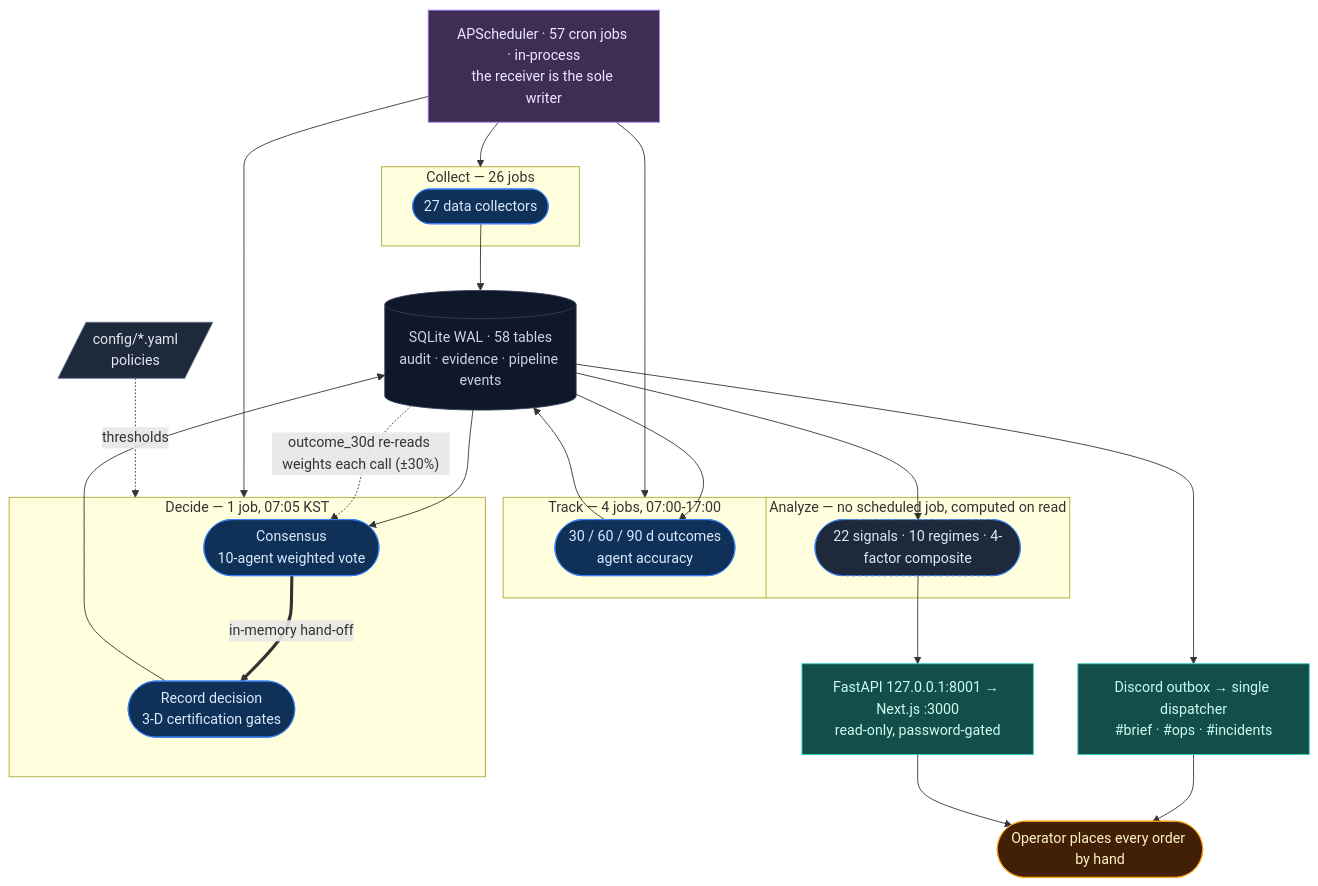
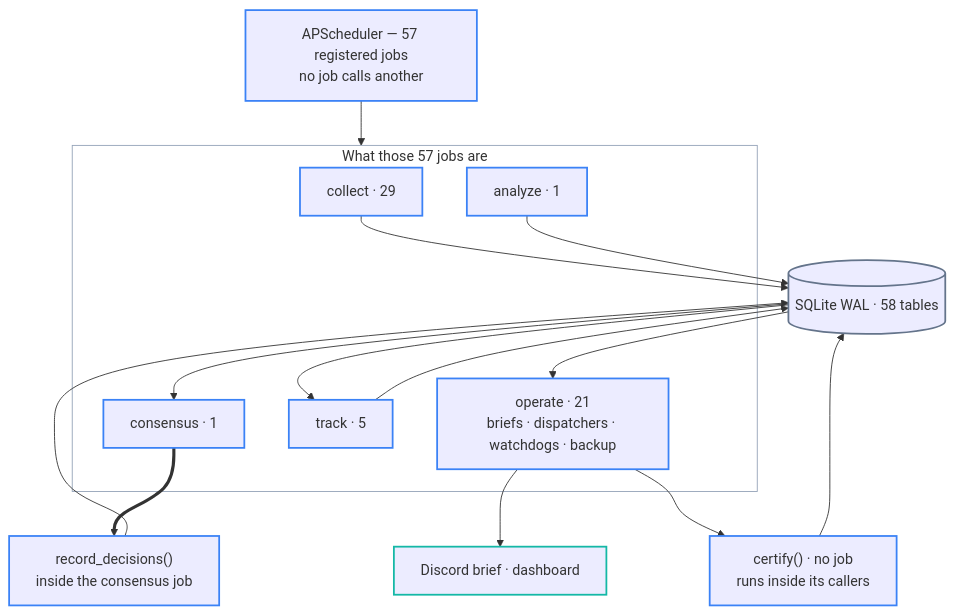
The second of 4 diagrams in README.md (researcherhojin/nuri-quant), drawn with Mermaid before and after one commit. The commit also changed other lines of this file and 5 other files, not shown here.

First line of the commit message:
docs(readme): redraw the diagrams and correct what the prose got wrong (#1289)

````diff
--- a/README.md
+++ b/README.md
@@ -55,53 +83,38 @@
 ```mermaid
 flowchart TB
-    SCHED["APScheduler · 57 cron jobs · in-process<br/>the receiver is the sole writer"]:::driver
-    CFG[/"config/*.yaml<br/>policies"/]:::source
+    CLOCK["APScheduler — 57 registered jobs<br/>no job calls another"]
 
-    subgraph Collect["Collect — 26 jobs"]
-        COL(["27 data collectors"]):::pipe
-    end
-    subgraph Decide["Decide — 1 job, 07:05 KST"]
-        CON(["Consensus<br/>10-agent weighted vote"]):::pipe
-        CER(["Record decision<br/>3-D certification gates"]):::pipe
-        CON ==>|in-memory hand-off| CER
-    end
-    subgraph Track["Track — 4 jobs, 07:00-17:00"]
-        TRK(["30 / 60 / 90 d outcomes<br/>agent accuracy"]):::pipe
-    end
-    subgraph Analyze["Analyze — no scheduled job, computed on read"]
-        ANA(["22 signals · 10 regimes · 4-factor composite"]):::lazy
+    subgraph JOBS["What those 57 jobs are"]
+        JC["collect · 29"]
+        JA["analyze · 1"]
+        JD["consensus · 1"]
+        JT["track · 5"]
+        JO["operate · 21<br/>briefs · dispatchers · watchdogs · backup"]
     end
 
-    DB[("SQLite WAL · 58 tables<br/>audit · evidence · pipeline events")]:::sink
+    DB[("SQLite WAL · 58 tables")]
+    RD["record_decisions()<br/>inside the consensus job"]
+    CERT["certify() · no job<br/>runs inside its callers"]
+    OUT["Discord brief · dashboard"]
 
-    SCHED --> Collect
-    SCHED --> Decide
-    SCHED --> Track
-    CFG -. thresholds .-> Decide
+    CLOCK --> JOBS
+    JC --> DB
+    JA --> DB
+    DB --> JD
+    JD ==> RD
+    RD --> DB
+    DB --> JT
+    JT --> DB
+    DB --> JO --> OUT
+    JO --> CERT
+    CERT --> DB
 
-    COL --> DB
-    DB --> CON
-    CER --> DB
-    DB --> TRK
-    TRK --> DB
-    DB -. "outcome_30d re-reads weights each call (±30%)" .-> CON
-
-    DB --> ANA
-    ANA --> READ
-    DB --> BRIEF
-
-    BRIEF["Discord outbox → single dispatcher<br/>#brief · #ops · #incidents"]:::out
-    READ["FastAPI 127.0.0.1:8001 → Next.js :3000<br/>read-only, password-gated"]:::out
-    USER(["Operator places every order by hand"]):::user
-
-    BRIEF --> USER
-    READ --> USER
-
-    classDef driver fill:#3f2d56,stroke:#a78bfa,color:#ede9fe
-    classDef source fill:#1e293b,stroke:#64748b,color:#e2e8f0
-    classDef pipe   fill:#0f3057,stroke:#3b82f6,color:#dbeafe
-    classDef lazy   fill:#1e293b,stroke:#3b82f6,color:#dbeafe,stroke-dasharray: 4 3
-    classDef sink   fill:#0f172a,stroke:#334155,color:#cbd5e1
-    classDef out    fill:#134e4a,stroke:#2dd4bf,color:#ccfbf1
-    classDef user   fill:#422006,stroke:#f59e0b,color:#fef3c7
+    classDef step  stroke:#3b82f6,stroke-width:2px
+    classDef store stroke:#64748b,stroke-width:2px
+    classDef out   stroke:#14b8a6,stroke-width:2px
+    classDef zone  fill:none,stroke:#94a3b8,stroke-width:1px
+    class CLOCK,JC,JA,JD,JT,JO,RD,CERT step
+    class DB store
+    class OUT out
+    class JOBS zone
 ```
````
